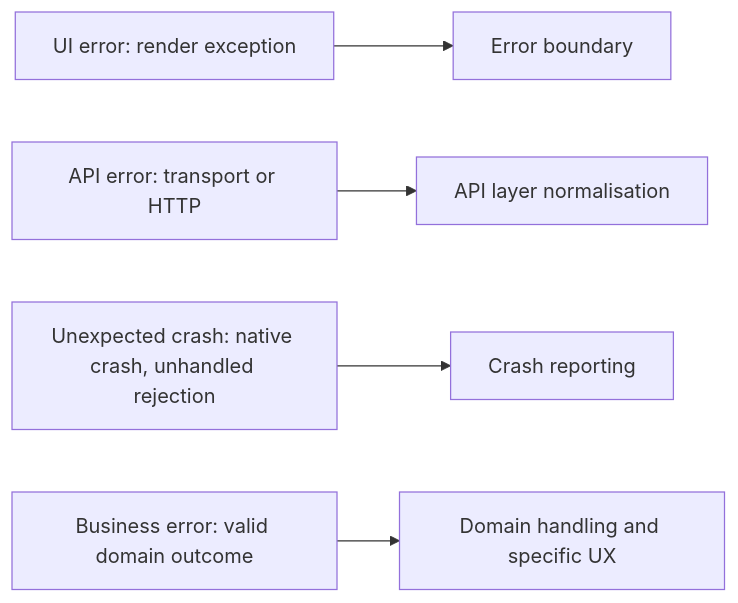
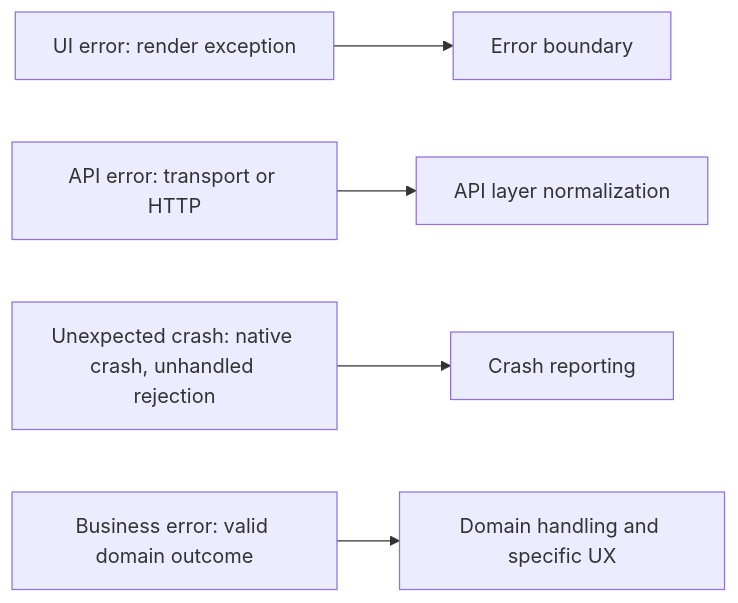
One commit to Sri-Bhat/Frontend-Interview-Handbook changed the fourth of 5 diagrams in react-native-v2/10-app-architecture-state-and-navigation.md. Above: the diagram before and after it, drawn with Mermaid. The commit also changed other lines of this file, not shown here.

````diff
--- a/react-native-v2/10-app-architecture-state-and-navigation.md
+++ b/react-native-v2/10-app-architecture-state-and-navigation.md
@@ -228,7 +242,7 @@
 ```mermaid
 flowchart LR
   UI["UI error: render exception"] --> EB["Error boundary"]
-  API["API error: transport or HTTP"] --> AL["API layer normalisation"]
+  API["API error: transport or HTTP"] --> AL["API layer normalization"]
   CR["Unexpected crash: native crash, unhandled rejection"] --> CRR["Crash reporting"]
   BZ["Business error: valid domain outcome"] --> DH["Domain handling and specific UX"]
 ```
````
